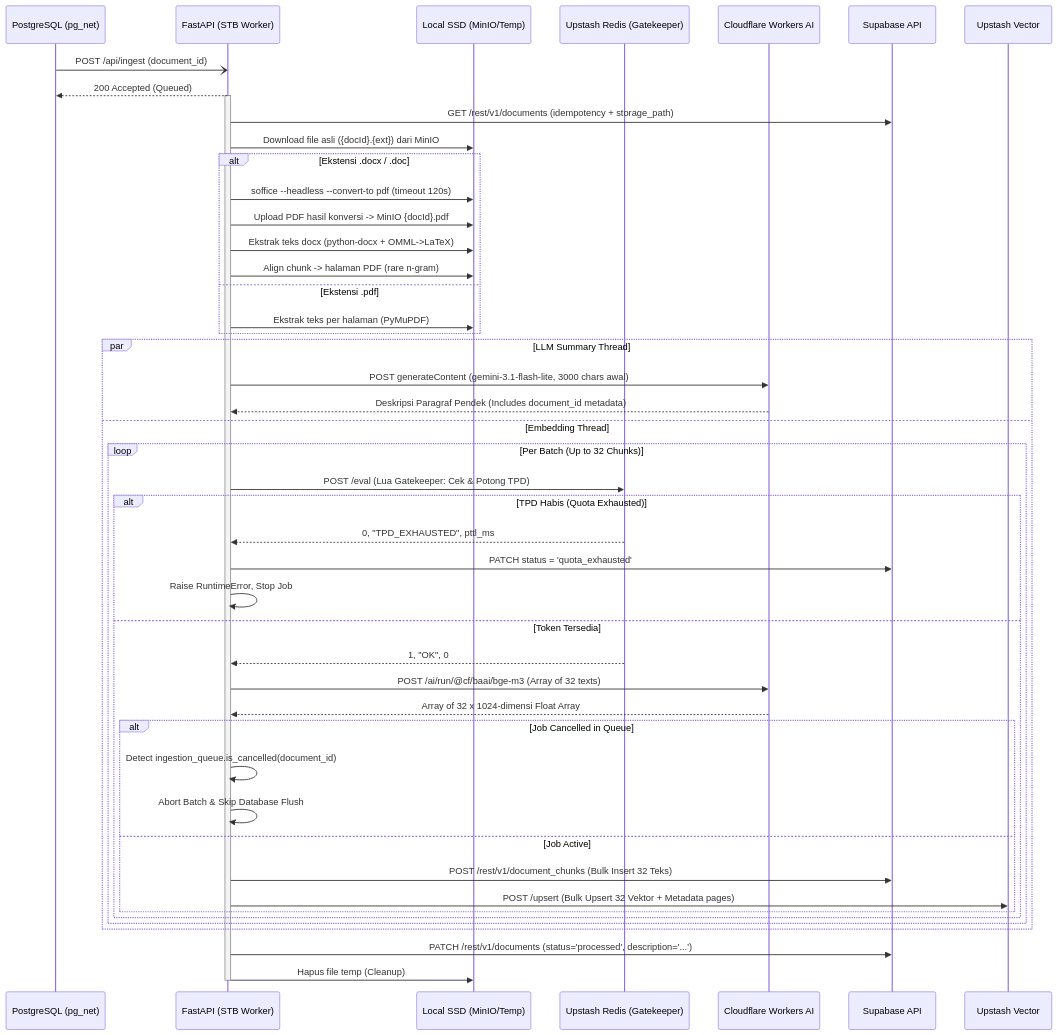
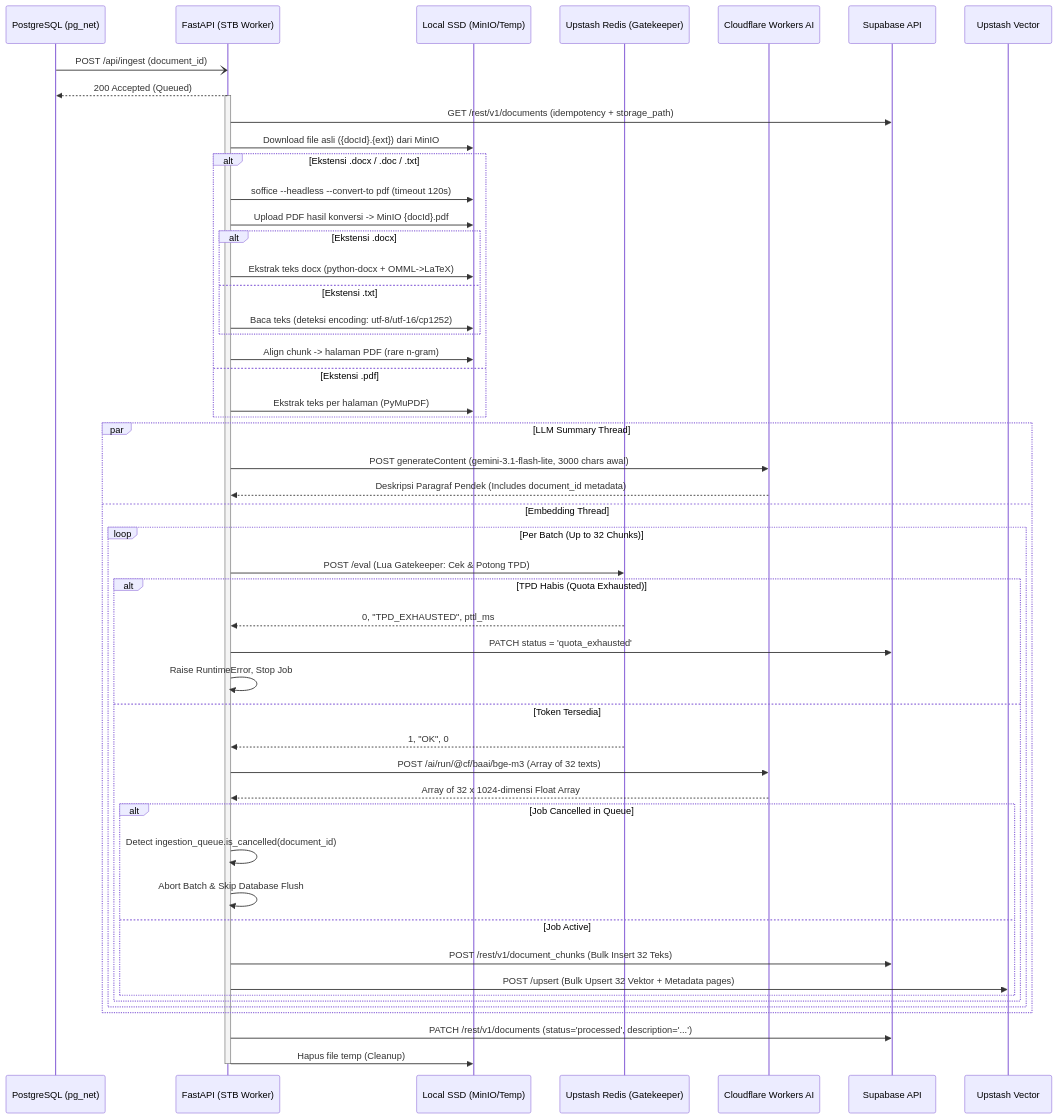
Before and after one commit to kanzhamada/Dokyudo: the diagram in docs/backend/stb-extraction-worker.md, drawn with Mermaid. The commit also changed other lines of this file and 10 other files, not shown here.

````diff
--- a/docs/backend/stb-extraction-worker.md
+++ b/docs/backend/stb-extraction-worker.md
@@ -19,55 +20,59 @@
 ```mermaid
 sequenceDiagram
     participant Supabase as PostgreSQL (pg_net)
     participant API as FastAPI (STB Worker)
     participant Disk as Local SSD (MinIO/Temp)
     participant Redis as Upstash Redis (Gatekeeper)
     participant CF as Cloudflare Workers AI
     participant PostgREST as Supabase API
     participant VectorDB as Upstash Vector
 
     Supabase-)API: POST /api/ingest (document_id)
     API-->>Supabase: 200 Accepted (Queued)
 
     activate API
     API->>PostgREST: GET /rest/v1/documents (idempotency + storage_path)
     API->>Disk: Download file asli ({docId}.{ext}) dari MinIO
 
-    alt Ekstensi .docx / .doc
+    alt Ekstensi .docx / .doc / .txt
         API->>Disk: soffice --headless --convert-to pdf (timeout 120s)
         API->>Disk: Upload PDF hasil konversi -> MinIO {docId}.pdf
-        API->>Disk: Ekstrak teks docx (python-docx + OMML->LaTeX)
+        alt Ekstensi .docx
+            API->>Disk: Ekstrak teks docx (python-docx + OMML->LaTeX)
+        else Ekstensi .txt
+            API->>Disk: Baca teks (deteksi encoding: utf-8/utf-16/cp1252)
+        end
         API->>Disk: Align chunk -> halaman PDF (rare n-gram)
     else Ekstensi .pdf
         API->>Disk: Ekstrak teks per halaman (PyMuPDF)
     end
 
     par LLM Summary Thread
         API->>CF: POST generateContent (gemini-3.1-flash-lite, 3000 chars awal)
         CF-->>API: Deskripsi Paragraf Pendek (Includes document_id metadata)
     and Embedding Thread
         loop Per Batch (Up to 32 Chunks)
             API->>Redis: POST /eval (Lua Gatekeeper: Cek & Potong TPD)
             alt TPD Habis (Quota Exhausted)
                 Redis-->>API: 0, "TPD_EXHAUSTED", pttl_ms
                 API->>PostgREST: PATCH status = 'quota_exhausted'
                 API->>API: Raise RuntimeError, Stop Job
             else Token Tersedia
                 Redis-->>API: 1, "OK", 0
                 API->>CF: POST /ai/run/@cf/baai/bge-m3 (Array of 32 texts)
                 CF-->>API: Array of 32 x 1024-dimensi Float Array
                 alt Job Cancelled in Queue
                     API->>API: Detect ingestion_queue.is_cancelled(document_id)
                     API->>API: Abort Batch & Skip Database Flush
                 else Job Active
                     API->>PostgREST: POST /rest/v1/document_chunks (Bulk Insert 32 Teks)
                     API->>VectorDB: POST /upsert (Bulk Upsert 32 Vektor + Metadata pages)
                 end
             end
         end
     end
 
     API->>PostgREST: PATCH /rest/v1/documents (status='processed', description='...')
     API->>Disk: Hapus file temp (Cleanup)
     deactivate API
 ```
````
